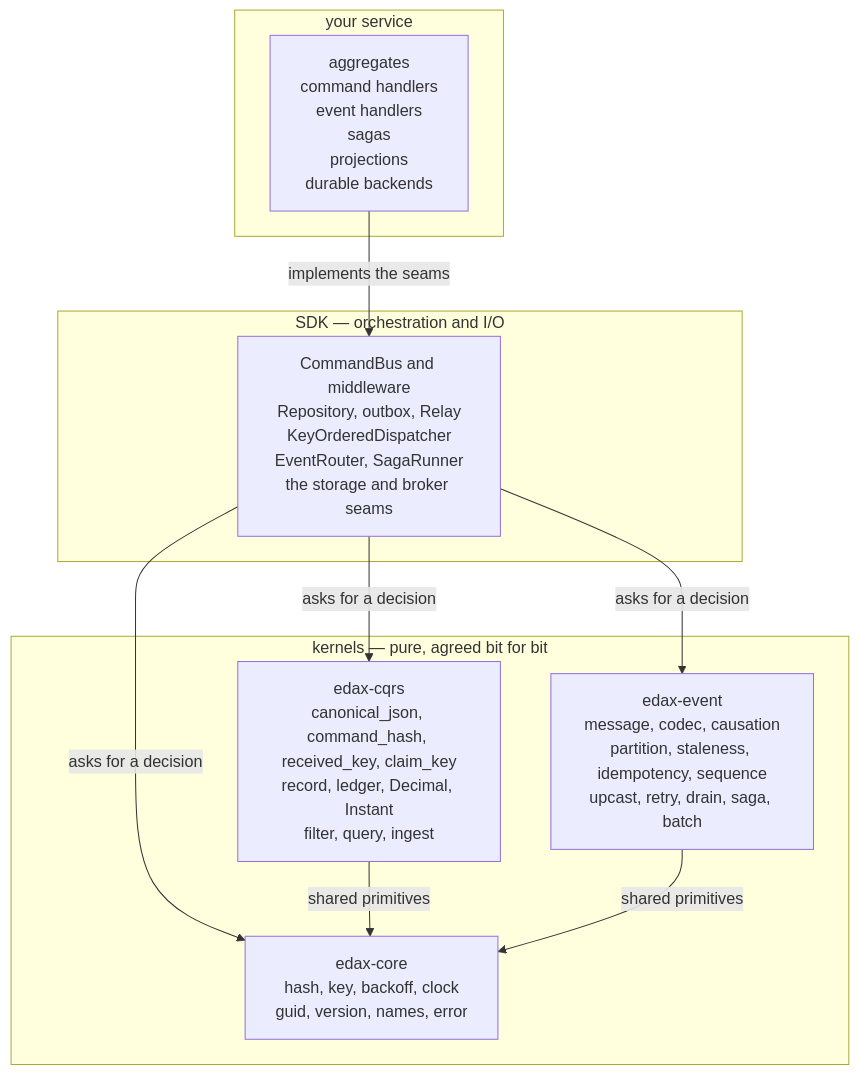
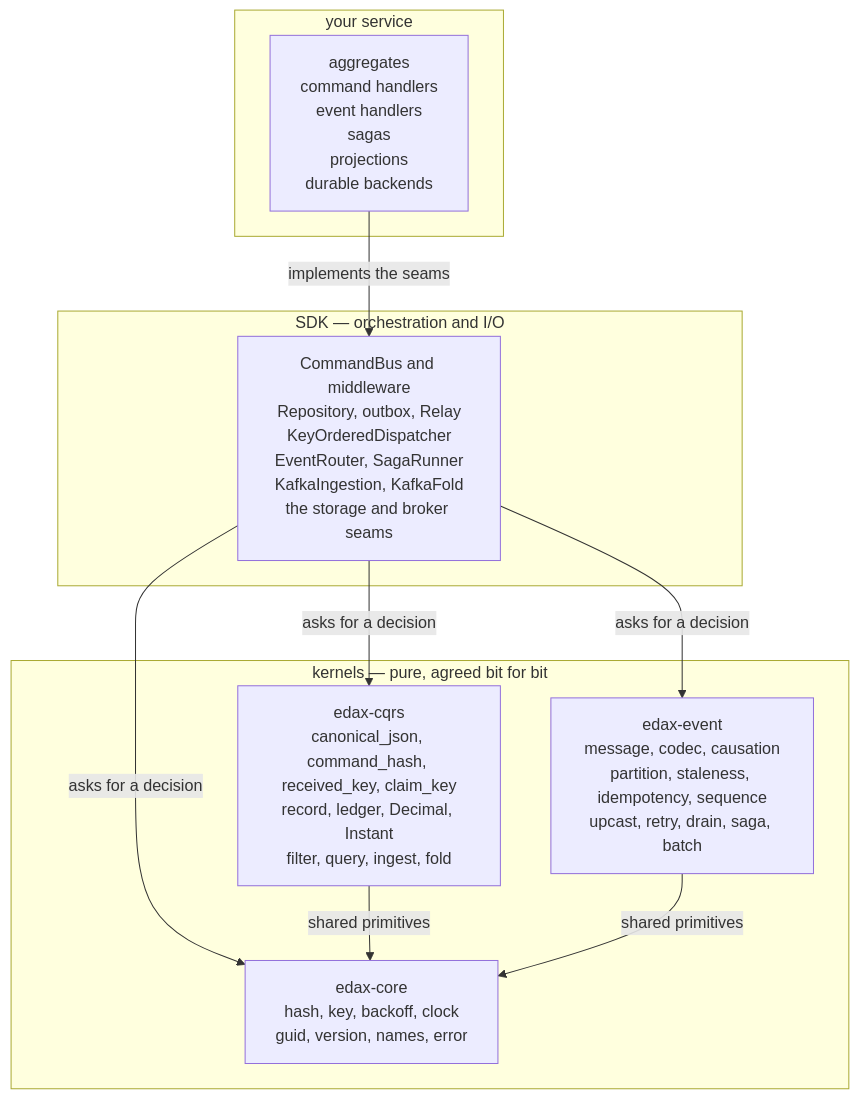
One commit to haskian/edax changed the first of 4 diagrams in docs/architecture.md. Above: the diagram before and after it, drawn with Mermaid. The commit also changed other lines of this file and 25 other files, not shown here.

````diff
--- a/docs/architecture.md
+++ b/docs/architecture.md
@@ -9,23 +9,23 @@
 ```mermaid
 flowchart TB
     subgraph app["your service"]
         A["aggregates<br/>command handlers<br/>event handlers<br/>sagas<br/>projections<br/>durable backends"]
     end
 
     subgraph sdk["SDK — orchestration and I/O"]
-        B["CommandBus and middleware<br/>Repository, outbox, Relay<br/>KeyOrderedDispatcher<br/>EventRouter, SagaRunner<br/>the storage and broker seams"]
+        B["CommandBus and middleware<br/>Repository, outbox, Relay<br/>KeyOrderedDispatcher<br/>EventRouter, SagaRunner<br/>KafkaIngestion, KafkaFold<br/>the storage and broker seams"]
     end
 
     subgraph kernels["kernels — pure, agreed bit for bit"]
-        C["edax-cqrs<br/>canonical_json, command_hash, received_key, claim_key<br/>record, ledger, Decimal, Instant<br/>filter, query, ingest"]
+        C["edax-cqrs<br/>canonical_json, command_hash, received_key, claim_key<br/>record, ledger, Decimal, Instant<br/>filter, query, ingest, fold"]
         D["edax-event<br/>message, codec, causation<br/>partition, staleness, idempotency, sequence<br/>upcast, retry, drain, saga, batch"]
         E["edax-core<br/>hash, key, backoff, clock<br/>guid, version, names, error"]
     end
 
     A -->|"implements the seams"| B
     B -->|"asks for a decision"| C
     B -->|"asks for a decision"| D
     B -->|"asks for a decision"| E
     C -->|"shared primitives"| E
     D -->|"shared primitives"| E
 ```
````
